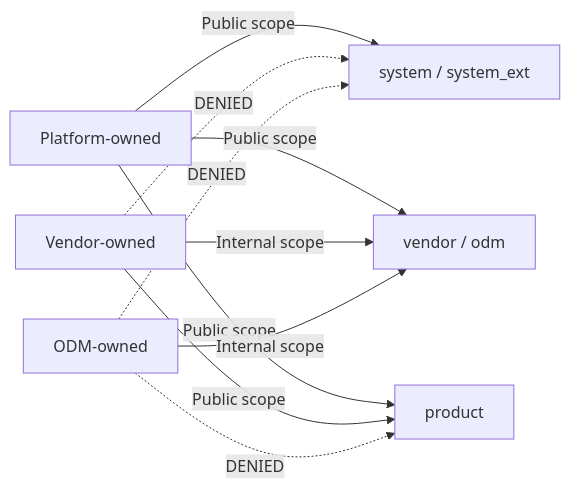
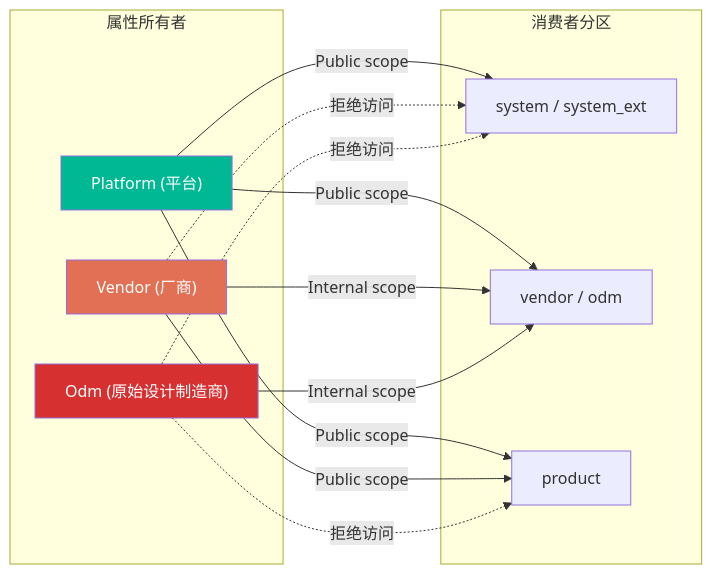
One commit to fwrite0920/aosp-internal-book changed the eighth of 10 diagrams in 06-system-properties-zh.md. Above: the diagram before and after it, drawn with Mermaid. The commit also changed other lines of this file and 63 other files, not shown here.

````diff
--- a/06-system-properties-zh.md
+++ b/06-system-properties-zh.md
@@ -1080,14 +1602,30 @@
 ```mermaid
 graph LR
-    PO_PLATFORM["Platform-owned"] -->|"Public scope"| CP_SYSTEM["system / system_ext"]
-    PO_PLATFORM -->|"Public scope"| CP_VENDOR["vendor / odm"]
-    PO_PLATFORM -->|"Public scope"| CP_PRODUCT["product"]
+    subgraph "属性所有者"
+        PO_PLATFORM["Platform (平台)"]
+        PO_VENDOR["Vendor (厂商)"]
+        PO_ODM["Odm (原始设计制造商)"]
+    end
 
-    PO_VENDOR["Vendor-owned"] -->|"Internal scope"| CP_VENDOR
-    PO_VENDOR -.->|"DENIED"| CP_SYSTEM
+    subgraph "消费者分区"
+        CP_SYSTEM["system / system_ext"]
+        CP_VENDOR["vendor / odm"]
+        CP_PRODUCT["product"]
+    end
+
+    PO_PLATFORM -->|"Public scope"| CP_SYSTEM
+    PO_PLATFORM -->|"Public scope"| CP_VENDOR
+    PO_PLATFORM -->|"Public scope"| CP_PRODUCT
+
+    PO_VENDOR -->|"Internal scope"| CP_VENDOR
+    PO_VENDOR -.->|"拒绝访问"| CP_SYSTEM
     PO_VENDOR -->|"Public scope"| CP_PRODUCT
 
-    PO_ODM["ODM-owned"] -->|"Internal scope"| CP_VENDOR
-    PO_ODM -.->|"DENIED"| CP_SYSTEM
-    PO_ODM -.->|"DENIED"| CP_PRODUCT
+    PO_ODM -->|"Internal scope"| CP_VENDOR
+    PO_ODM -.->|"拒绝访问"| CP_SYSTEM
+    PO_ODM -.->|"拒绝访问"| CP_PRODUCT
+
+    style PO_PLATFORM fill:#00b894,color:#fff
+    style PO_VENDOR fill:#e17055,color:#fff
+    style PO_ODM fill:#d63031,color:#fff
 ```
````
